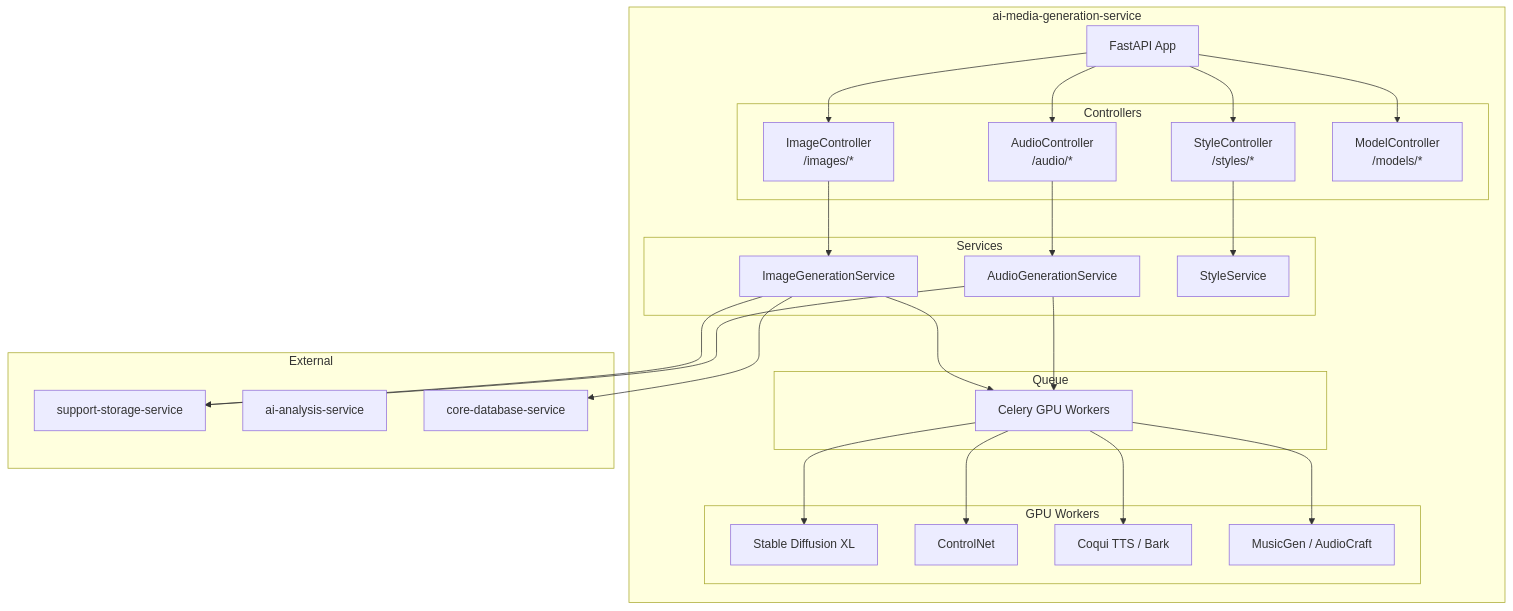
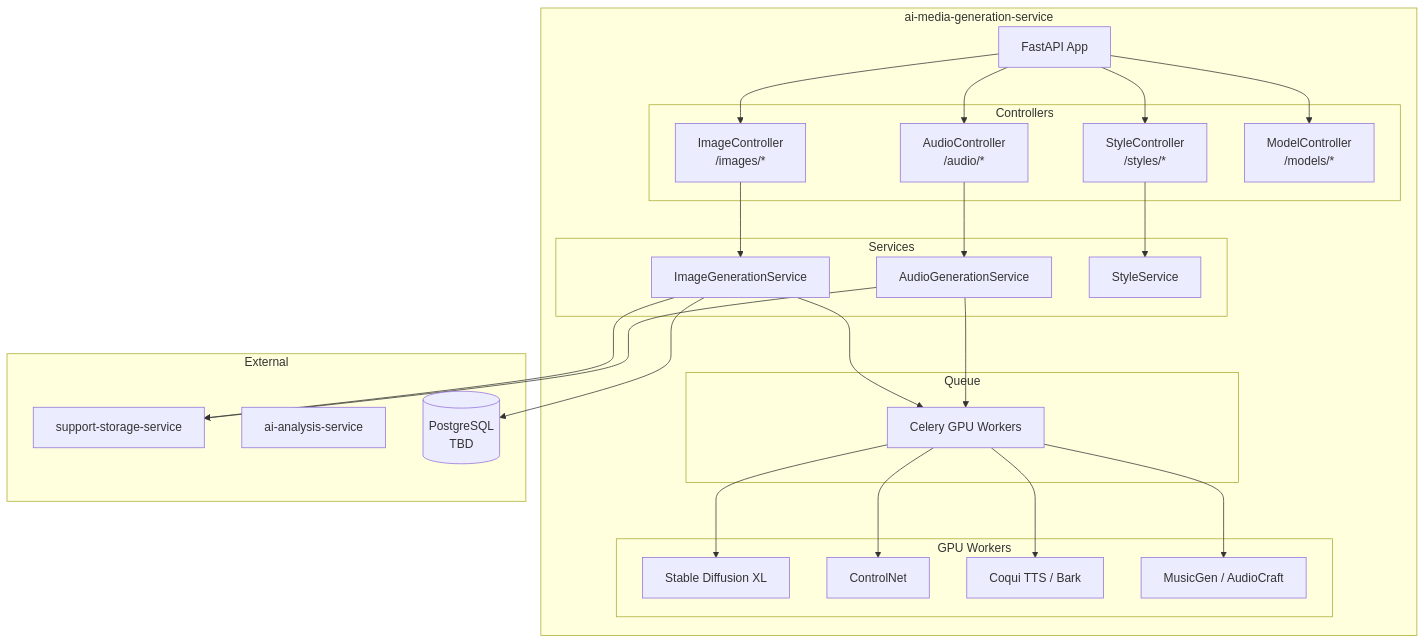
The first of 5 diagrams in microservices/ai-media-generation-service.md (VisioBook-ESP/docs-architecture), drawn with Mermaid before and after one commit. The commit also changed other lines of this file and 15 other files, not shown here.

````diff
--- a/microservices/ai-media-generation-service.md
+++ b/microservices/ai-media-generation-service.md
@@ -22,57 +22,57 @@
 ```mermaid
 graph TB
     subgraph "ai-media-generation-service"
         API[FastAPI App]
 
         subgraph "Controllers"
             IMG[ImageController<br/>/images/*]
             AUDIO[AudioController<br/>/audio/*]
             STYLE[StyleController<br/>/styles/*]
             MODEL[ModelController<br/>/models/*]
         end
 
         subgraph "Services"
             IMG_SVC[ImageGenerationService]
             AUDIO_SVC[AudioGenerationService]
             STYLE_SVC[StyleService]
         end
 
         subgraph "GPU Workers"
             SD[Stable Diffusion XL]
             CN[ControlNet]
             TTS[Coqui TTS / Bark]
             MUSIC[MusicGen / AudioCraft]
         end
 
         subgraph "Queue"
             CELERY[Celery GPU Workers]
         end
     end
 
     subgraph "External"
         STORAGE[support-storage-service]
         AI[ai-analysis-service]
-        DB[core-database-service]
+        PG[(PostgreSQL<br/>TBD)]
     end
 
     API --> IMG
     API --> AUDIO
     API --> STYLE
     API --> MODEL
 
     IMG --> IMG_SVC
     AUDIO --> AUDIO_SVC
     STYLE --> STYLE_SVC
 
     IMG_SVC --> CELERY
     AUDIO_SVC --> CELERY
 
     CELERY --> SD
     CELERY --> CN
     CELERY --> TTS
     CELERY --> MUSIC
 
     IMG_SVC --> STORAGE
     AUDIO_SVC --> STORAGE
-    IMG_SVC --> DB
+    IMG_SVC --> PG
 ```
````
